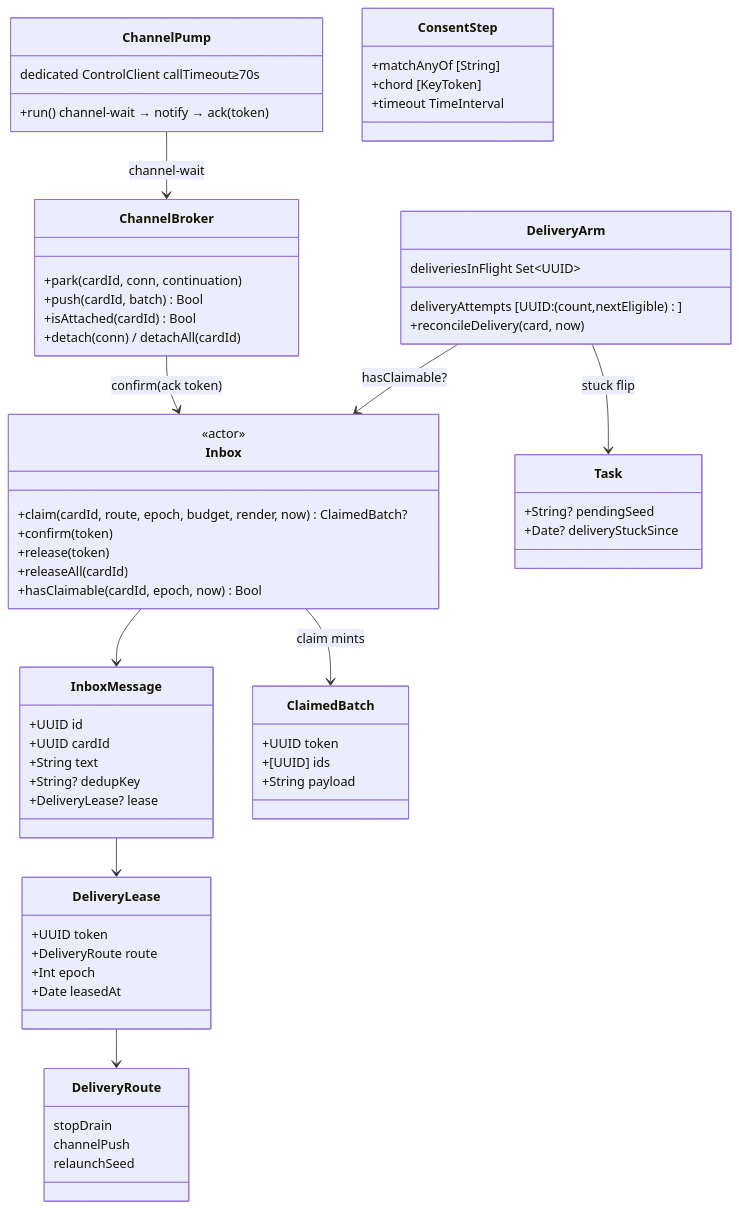
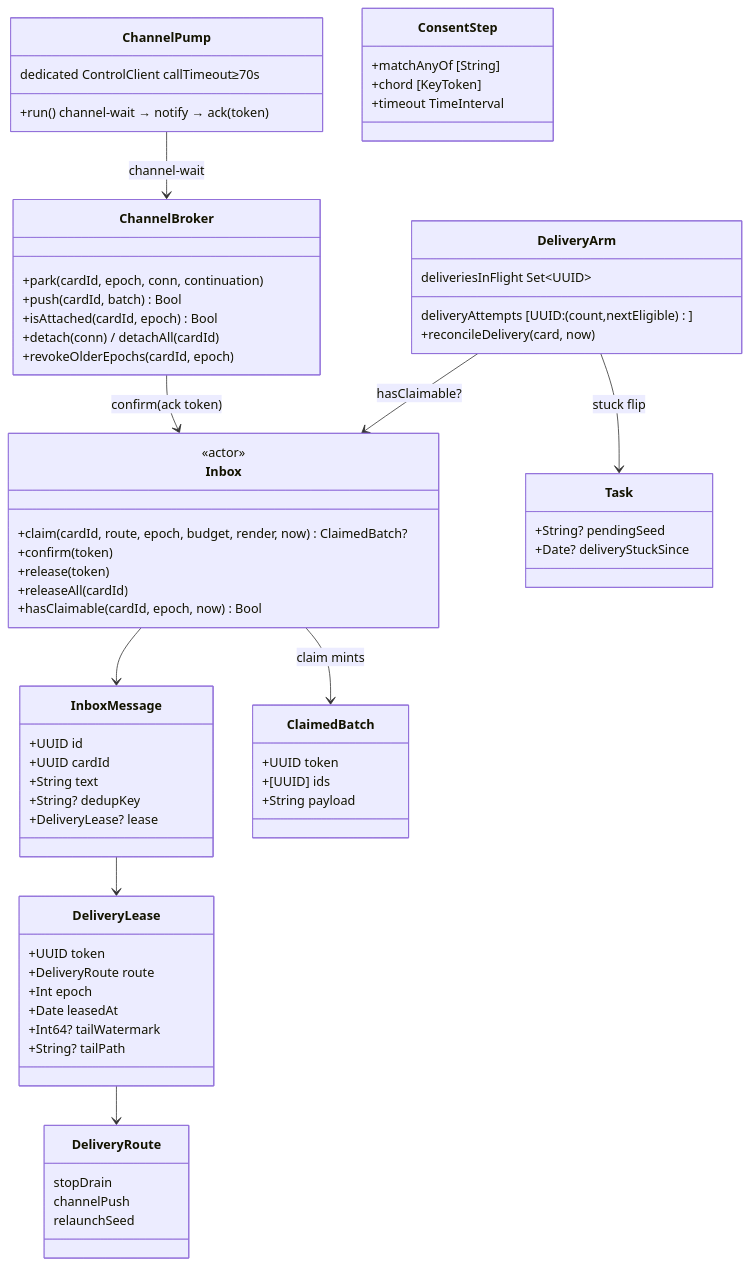
One commit to PeiAllen/claude-kanban changed the second of 2 diagrams in notes/designs/live-wake-delivery/02-contract.md. Above: the diagram before and after it, drawn with Mermaid. The commit also changed other lines of this file and 1 other file, not shown here.

````diff
--- a/notes/designs/live-wake-delivery/02-contract.md
+++ b/notes/designs/live-wake-delivery/02-contract.md
@@ -390,66 +435,69 @@
 ```mermaid
 classDiagram
   class InboxMessage {
     +UUID id
     +UUID cardId
     +String text
     +String? dedupKey
     +DeliveryLease? lease
   }
   class DeliveryLease {
     +UUID token
     +DeliveryRoute route
     +Int epoch
     +Date leasedAt
+    +Int64? tailWatermark
+    +String? tailPath
   }
   class DeliveryRoute {
     stopDrain
     channelPush
     relaunchSeed
   }
   class Inbox {
     <<actor>>
     +claim(cardId, route, epoch, budget, render, now) ClaimedBatch?
     +confirm(token)
     +release(token)
     +releaseAll(cardId)
     +hasClaimable(cardId, epoch, now) Bool
   }
   class ClaimedBatch {
     +UUID token
     +[UUID] ids
     +String payload
   }
   class DeliveryArm {
     deliveriesInFlight Set~UUID~
     deliveryAttempts [UUID:(count,nextEligible)]
     +reconcileDelivery(card, now)
   }
   class ChannelBroker {
-    +park(cardId, conn, continuation)
+    +park(cardId, epoch, conn, continuation)
     +push(cardId, batch) Bool
-    +isAttached(cardId) Bool
+    +isAttached(cardId, epoch) Bool
     +detach(conn) / detachAll(cardId)
+    +revokeOlderEpochs(cardId, epoch)
   }
   class ChannelPump {
     dedicated ControlClient callTimeout≥70s
     +run() channel-wait → notify → ack(token)
   }
   class Task {
     +String? pendingSeed
     +Date? deliveryStuckSince
   }
   class ConsentStep {
     +matchAnyOf [String]
     +chord [KeyToken]
     +timeout TimeInterval
   }
   InboxMessage --> DeliveryLease
   DeliveryLease --> DeliveryRoute
   Inbox --> InboxMessage
   Inbox --> ClaimedBatch : claim mints
   DeliveryArm --> Inbox : hasClaimable?
   DeliveryArm --> Task : stuck flip
   ChannelBroker --> Inbox : confirm(ack token)
   ChannelPump --> ChannelBroker : channel-wait
 ```
````
